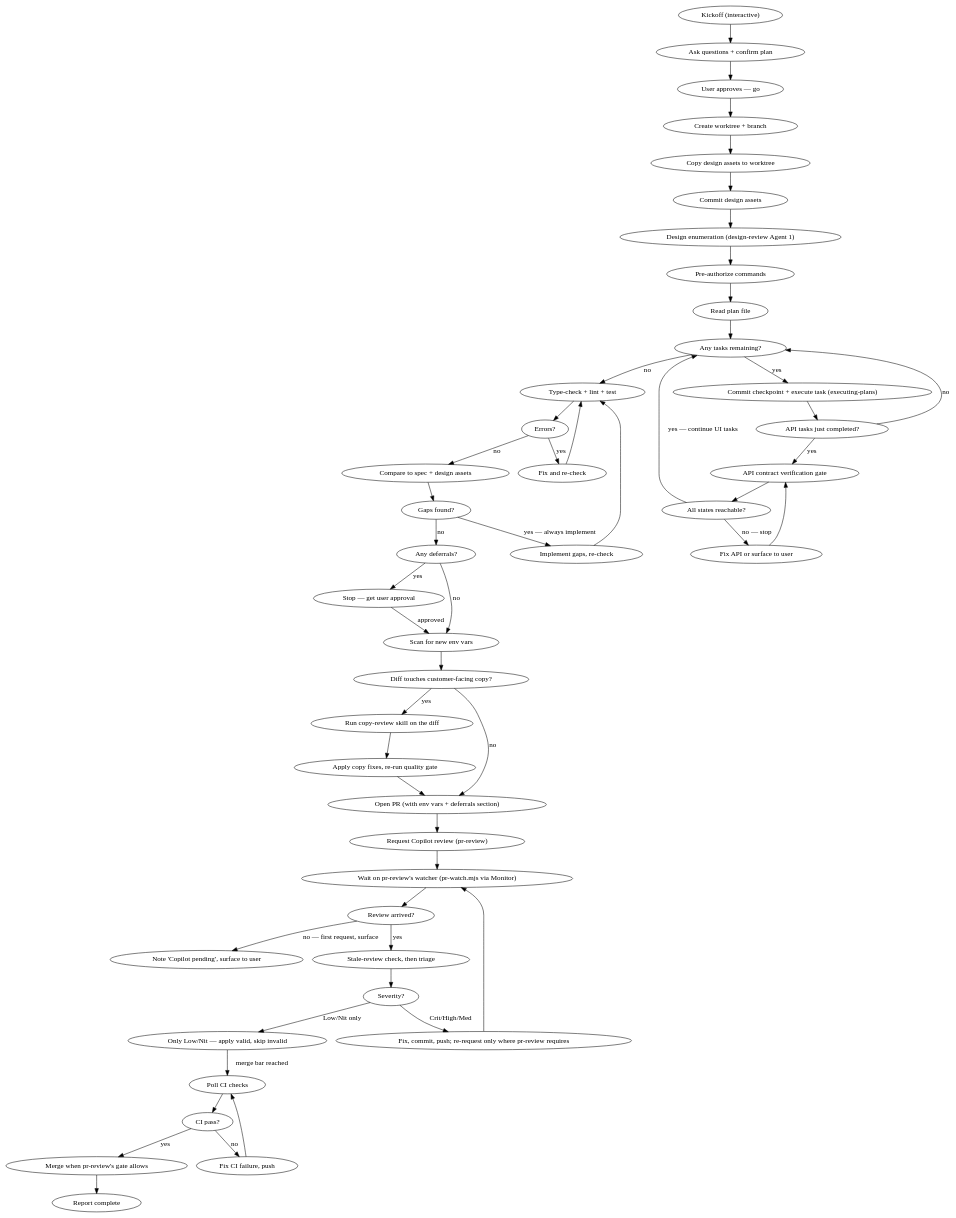
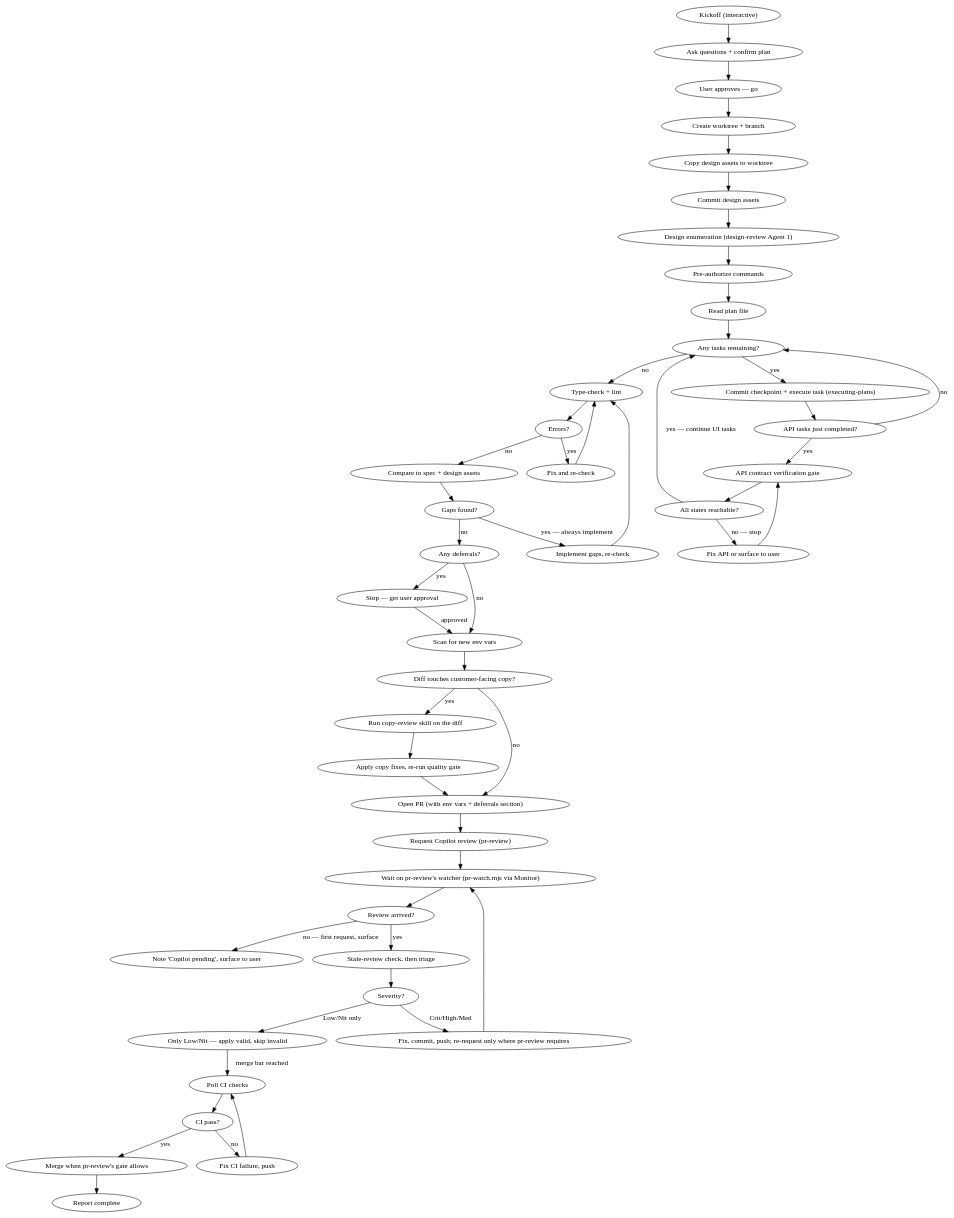
The diagram in plugins/fwd/skills/complete-and-ship/SKILL.md (HartiganHM/fwd-stack), drawn with Graphviz before and after one commit. The commit also changed other lines of this file and 7 other files, not shown here.

````diff
--- a/plugins/fwd/skills/complete-and-ship/SKILL.md
+++ b/plugins/fwd/skills/complete-and-ship/SKILL.md
@@ -20,53 +20,53 @@
 ```dot
 digraph complete_and_ship {
     "Kickoff (interactive)" -> "Ask questions + confirm plan";
     "Ask questions + confirm plan" -> "User approves — go";
     "User approves — go" -> "Create worktree + branch";
     "Create worktree + branch" -> "Copy design assets to worktree";
     "Copy design assets to worktree" -> "Commit design assets";
     "Commit design assets" -> "Design enumeration (design-review Agent 1)";
     "Design enumeration (design-review Agent 1)" -> "Pre-authorize commands";
     "Pre-authorize commands" -> "Read plan file";
     "Read plan file" -> "Any tasks remaining?";
     "Any tasks remaining?" -> "Commit checkpoint + execute task (executing-plans)" [label="yes"];
     "Commit checkpoint + execute task (executing-plans)" -> "API tasks just completed?";
     "API tasks just completed?" -> "Any tasks remaining?" [label="no"];
     "API tasks just completed?" -> "API contract verification gate" [label="yes"];
     "API contract verification gate" -> "All states reachable?" ;
     "All states reachable?" -> "Any tasks remaining?" [label="yes — continue UI tasks"];
     "All states reachable?" -> "Fix API or surface to user" [label="no — stop"];
     "Fix API or surface to user" -> "API contract verification gate";
-    "Any tasks remaining?" -> "Type-check + lint + test" [label="no"];
-    "Type-check + lint + test" -> "Errors?";
+    "Any tasks remaining?" -> "Type-check + lint" [label="no"];
+    "Type-check + lint" -> "Errors?";
     "Errors?" -> "Fix and re-check" [label="yes"];
     "Errors?" -> "Compare to spec + design assets" [label="no"];
-    "Fix and re-check" -> "Type-check + lint + test";
+    "Fix and re-check" -> "Type-check + lint";
     "Compare to spec + design assets" -> "Gaps found?";
     "Gaps found?" -> "Implement gaps, re-check" [label="yes — always implement"];
     "Gaps found?" -> "Any deferrals?" [label="no"];
     "Any deferrals?" -> "Stop — get user approval" [label="yes"];
     "Stop — get user approval" -> "Scan for new env vars" [label="approved"];
     "Any deferrals?" -> "Scan for new env vars" [label="no"];
-    "Implement gaps, re-check" -> "Type-check + lint + test";
+    "Implement gaps, re-check" -> "Type-check + lint";
     "Scan for new env vars" -> "Diff touches customer-facing copy?";
     "Diff touches customer-facing copy?" -> "Run copy-review skill on the diff" [label="yes"];
     "Diff touches customer-facing copy?" -> "Open PR (with env vars + deferrals section)" [label="no"];
     "Run copy-review skill on the diff" -> "Apply copy fixes, re-run quality gate";
     "Apply copy fixes, re-run quality gate" -> "Open PR (with env vars + deferrals section)";
     "Open PR (with env vars + deferrals section)" -> "Request Copilot review (pr-review)";
     "Request Copilot review (pr-review)" -> "Wait on pr-review's watcher (pr-watch.mjs via Monitor)";
     "Wait on pr-review's watcher (pr-watch.mjs via Monitor)" -> "Review arrived?";
     "Review arrived?" -> "Stale-review check, then triage" [label="yes"];
     "Review arrived?" -> "Note 'Copilot pending', surface to user" [label="no — first request, surface"];
     "Stale-review check, then triage" -> "Severity?";
     "Severity?" -> "Fix, commit, push; re-request only where pr-review requires" [label="Crit/High/Med"];
     "Severity?" -> "Only Low/Nit — apply valid, skip invalid" [label="Low/Nit only"];
     "Fix, commit, push; re-request only where pr-review requires" -> "Wait on pr-review's watcher (pr-watch.mjs via Monitor)";
     "Only Low/Nit — apply valid, skip invalid" -> "Poll CI checks" [label="merge bar reached"];
     "Poll CI checks" -> "CI pass?";
     "CI pass?" -> "Merge when pr-review's gate allows" [label="yes"];
     "Merge when pr-review's gate allows" -> "Report complete";
     "CI pass?" -> "Fix CI failure, push" [label="no"];
     "Fix CI failure, push" -> "Poll CI checks";
 }
 ```
````
